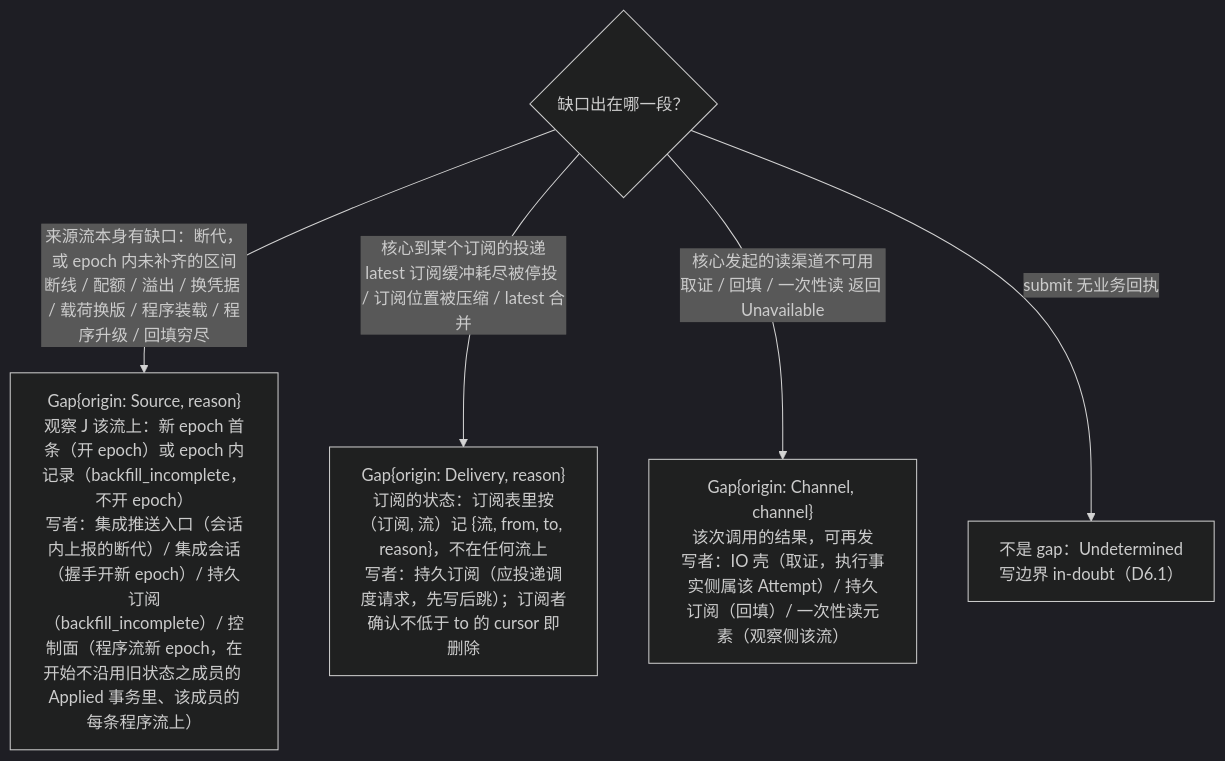
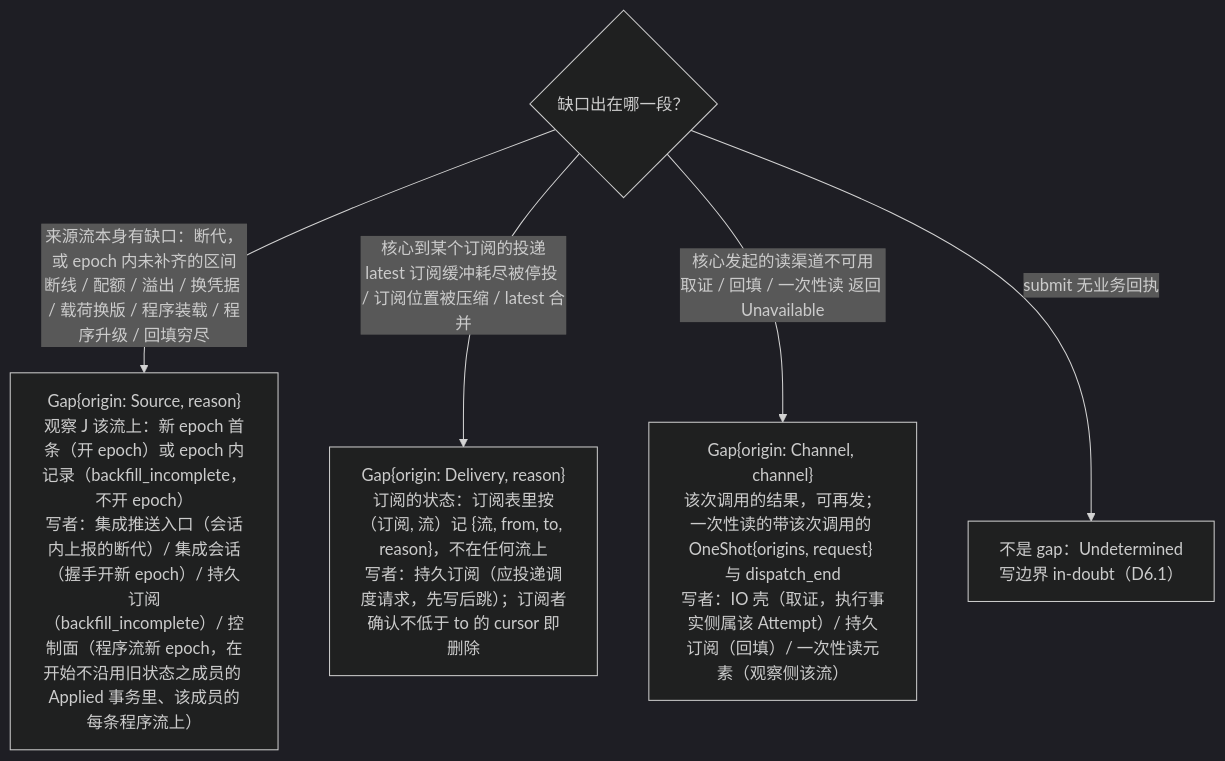
The sixth of 6 diagrams in design/diagrams/03-observation-ingest.md (mouriya-s-lab/uta), drawn with Mermaid (dark theme) before and after one commit. The commit also changed other lines of this file and 11 other files, not shown here.

Commit message:
design: no integration spawn during controlled stop, in-progress restart/rotate commit their Applied without starting a run; one-shot read gaps carry request provenance and waiters match by request identity; #54 crash restart; D6.4 result axis

````diff
--- a/design/diagrams/03-observation-ingest.md
+++ b/design/diagrams/03-observation-ingest.md
@@ -241,8 +241,8 @@
 ```mermaid
 flowchart TB
   Q{"缺口出在哪一段？"}
   Q -->|"来源流本身有缺口：断代，或 epoch 内未补齐的区间<br/>断线 / 配额 / 溢出 / 换凭据 / 载荷换版 / 程序装载 / 程序升级 / 回填穷尽"| S["Gap{origin: Source, reason}<br/>观察 J 该流上：新 epoch 首条（开 epoch）或 epoch 内记录（backfill_incomplete，不开 epoch）<br/>写者：集成推送入口（会话内上报的断代）/ 集成会话（握手开新 epoch）/ 持久订阅（backfill_incomplete）/ 控制面（程序流新 epoch，在开始不沿用旧状态之成员的 Applied 事务里、该成员的每条程序流上）"]
   Q -->|"核心到某个订阅的投递<br/>latest 订阅缓冲耗尽被停投 / 订阅位置被压缩 / latest 合并"| D["Gap{origin: Delivery, reason}<br/>订阅的状态：订阅表里按（订阅, 流）记 {流, from, to, reason}，不在任何流上<br/>写者：持久订阅（应投递调度请求，先写后跳）；订阅者确认不低于 to 的 cursor 即删除"]
-  Q -->|"核心发起的读渠道不可用<br/>取证 / 回填 / 一次性读 返回 Unavailable"| C["Gap{origin: Channel, channel}<br/>该次调用的结果，可再发<br/>写者：IO 壳（取证，执行事实侧属该 Attempt）/ 持久订阅（回填）/ 一次性读元素（观察侧该流）"]
+  Q -->|"核心发起的读渠道不可用<br/>取证 / 回填 / 一次性读 返回 Unavailable"| C["Gap{origin: Channel, channel}<br/>该次调用的结果，可再发；一次性读的带该次调用的 OneShot{origins, request} 与 dispatch_end<br/>写者：IO 壳（取证，执行事实侧属该 Attempt）/ 持久订阅（回填）/ 一次性读元素（观察侧该流）"]
   Q -->|"submit 无业务回执"| U["不是 gap：Undetermined<br/>写边界 in-doubt（D6.1）"]
 ```
````
